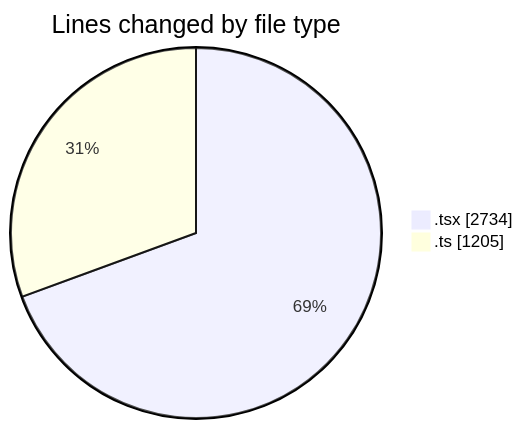
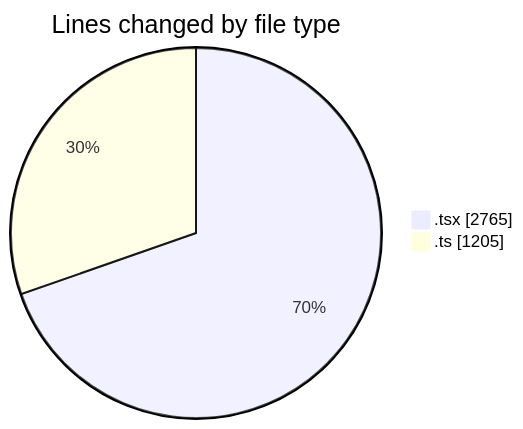
Before and after one commit to nxtqubesakshisongat/code-tracking: the first of 2 diagrams in 2026-02-18/nxtqube_webapp/README.md, drawn with Mermaid. The commit also changed other lines of this file and 1 other file, not shown here.

````diff
--- a/2026-02-18/nxtqube_webapp/README.md
+++ b/2026-02-18/nxtqube_webapp/README.md
@@ -27,6 +27,6 @@
 ```mermaid
 pie showData
 title Lines changed by file type
-".tsx" : 2734
+".tsx" : 2765
 ".ts" : 1205
 ```
````
